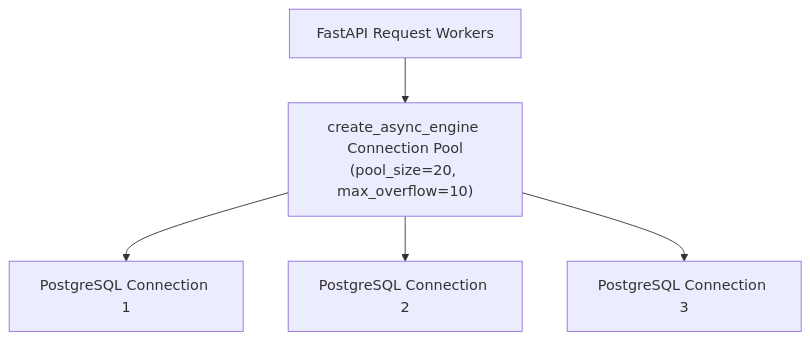
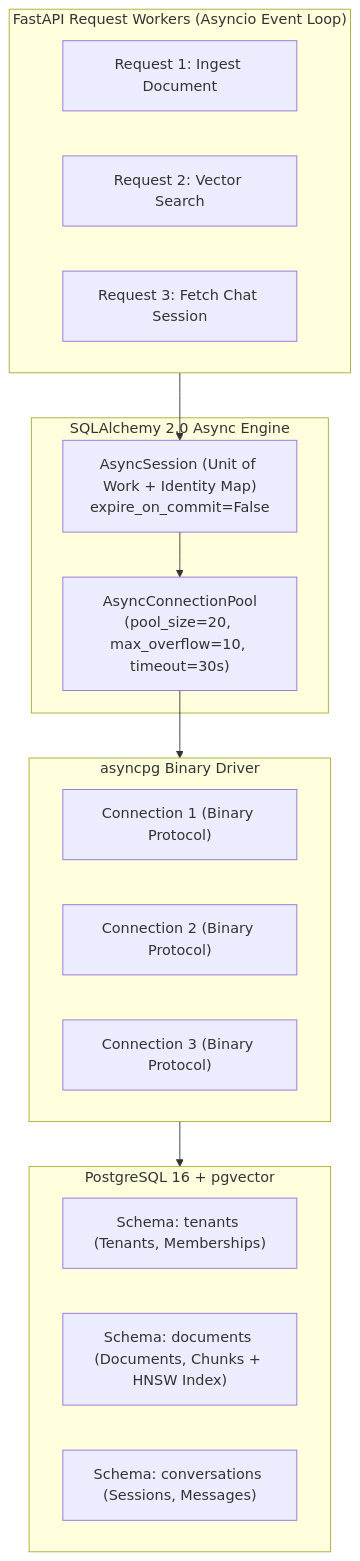
Before and after one commit to primecoderIN/learning-docs: the first of 7 diagrams in Python_FastAPI_AI_Architect/15_Module_15_Async_Persistence_SQLAlchemy_and_pgvector.md, drawn with Mermaid. The commit also changed other lines of this file and 21 other files, not shown here.

````diff
--- a/Python_FastAPI_AI_Architect/15_Module_15_Async_Persistence_SQLAlchemy_and_pgvector.md
+++ b/Python_FastAPI_AI_Architect/15_Module_15_Async_Persistence_SQLAlchemy_and_pgvector.md
@@ -116,7 +26,30 @@
 ```mermaid
 flowchart TD
-    App["FastAPI Request Workers"] --> Pool["create_async_engine Connection Pool<br>(pool_size=20, max_overflow=10)"]
-    Pool --> C1["PostgreSQL Connection 1"]
-    Pool --> C2["PostgreSQL Connection 2"]
-    Pool --> C3["PostgreSQL Connection 3"]
+    subgraph FastAPI["FastAPI Request Workers (Asyncio Event Loop)"]
+        Req1["Request 1: Ingest Document"]
+        Req2["Request 2: Vector Search"]
+        Req3["Request 3: Fetch Chat Session"]
+    end
+
+    subgraph SQLEngine["SQLAlchemy 2.0 Async Engine"]
+        Pool["AsyncConnectionPool<br>(pool_size=20, max_overflow=10, timeout=30s)"]
+        Session["AsyncSession (Unit of Work + Identity Map)<br>expire_on_commit=False"]
+    end
+
+    subgraph Driver["asyncpg Binary Driver"]
+        Bin1["Connection 1 (Binary Protocol)"]
+        Bin2["Connection 2 (Binary Protocol)"]
+        Bin3["Connection 3 (Binary Protocol)"]
+    end
+
+    subgraph Postgres["PostgreSQL 16 + pgvector"]
+        SchemaT["Schema: tenants (Tenants, Memberships)"]
+        SchemaD["Schema: documents (Documents, Chunks + HNSW Index)"]
+        SchemaC["Schema: conversations (Sessions, Messages)"]
+    end
+
+    FastAPI --> Session
+    Session --> Pool
+    Pool --> Driver
+    Driver --> Postgres
 ```
````
